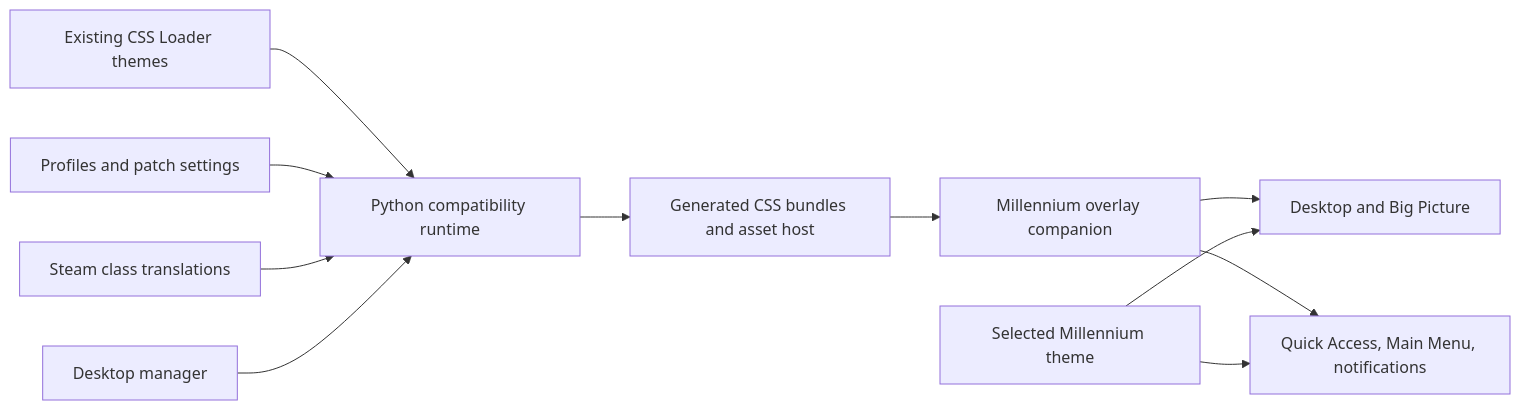
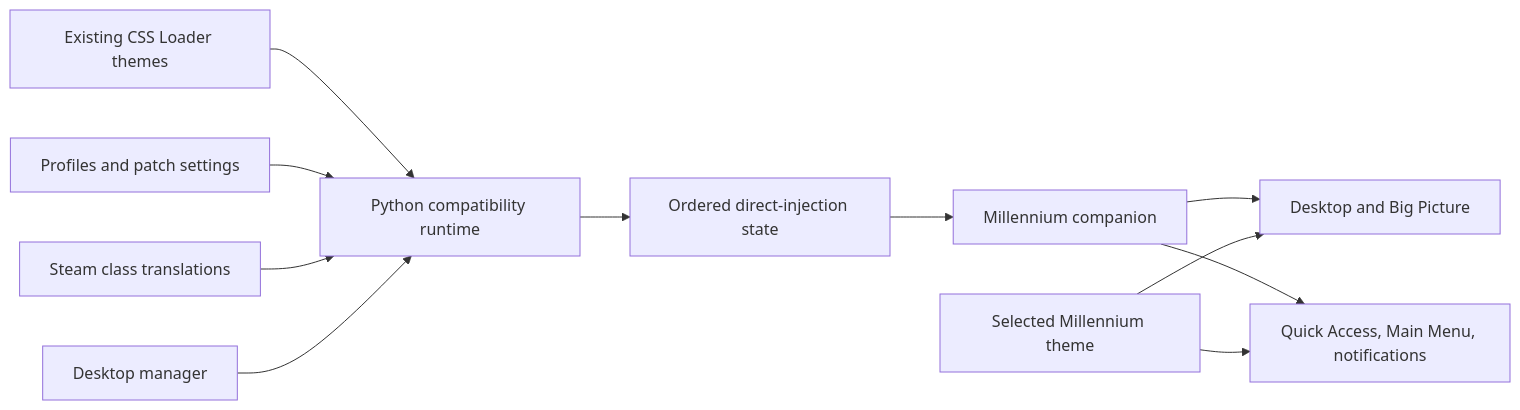
One commit to DevsNate/CSSLoader-Millennium changed the diagram in docs/architecture.md. Above: the diagram before and after it, drawn with Mermaid. The commit also changed other lines of this file and 13 other files, not shown here.

Commit message:
Release CSS Loader for Millennium 1.0.0 (#4)

````diff
--- a/docs/architecture.md
+++ b/docs/architecture.md
@@ -13,13 +13,13 @@
 ```mermaid
 flowchart LR
   T["Existing CSS Loader themes"] --> R["Python compatibility runtime"]
   C["Profiles and patch settings"] --> R
   M["Steam class translations"] --> R
-  R --> G["Generated CSS bundles and asset host"]
-  G --> P["Millennium overlay companion"]
+  R --> G["Ordered direct-injection state"]
+  G --> P["Millennium companion"]
   P --> D["Desktop and Big Picture"]
   P --> I["Quick Access, Main Menu, notifications"]
   S["Selected Millennium theme"] --> D
   S --> I
   A["Desktop manager"] --> R
 ```
````
